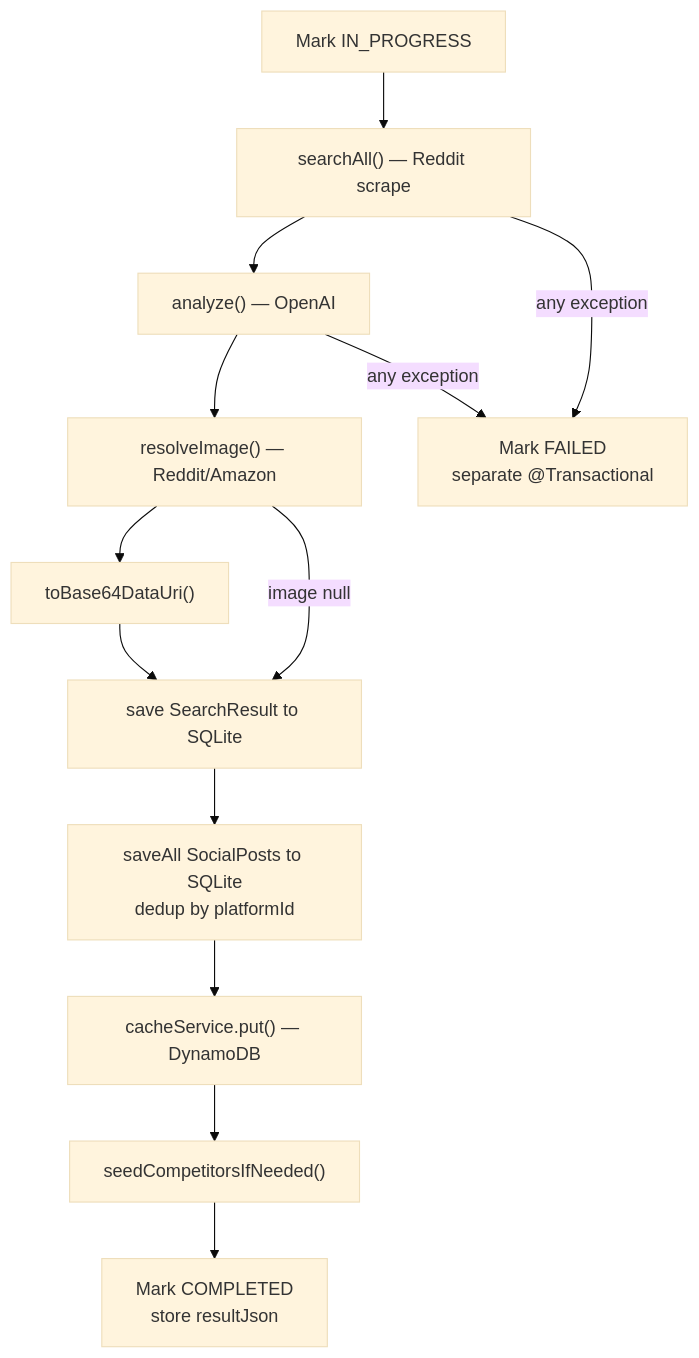
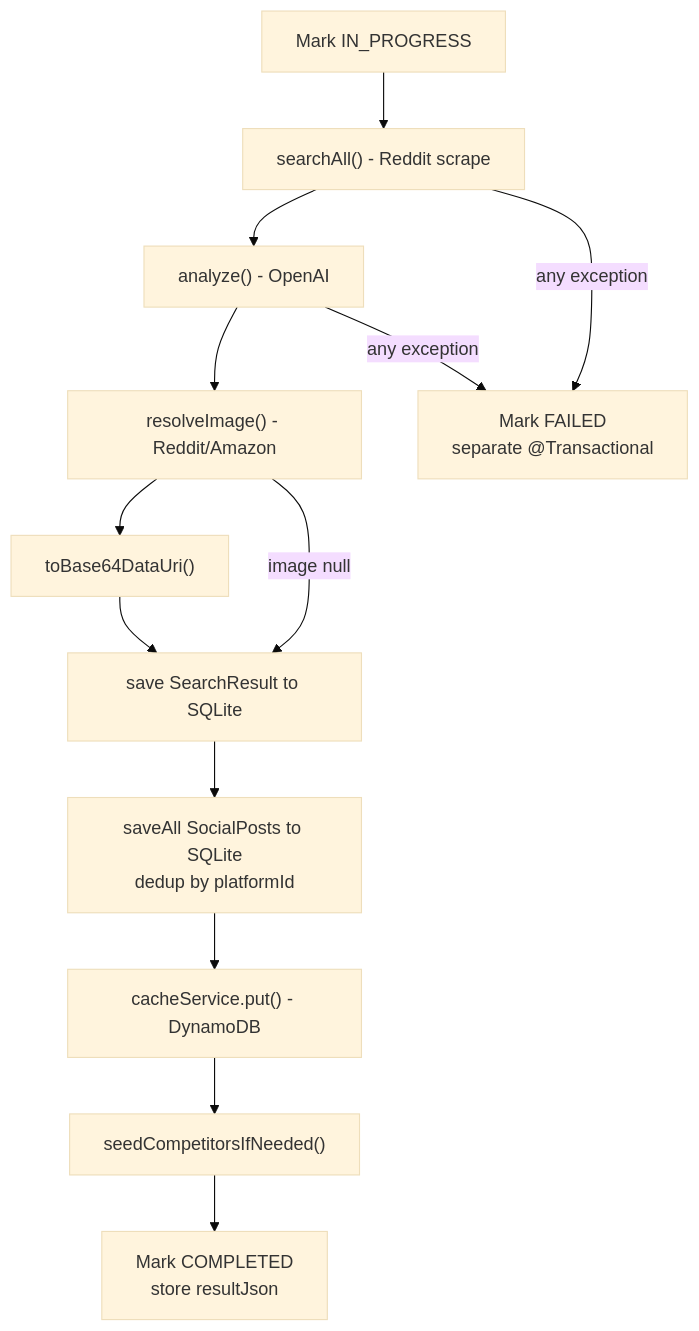
Diagram 12 of 31 in architecture.md (anubhavbagri/CrowdLens), drawn with Mermaid (base theme) before and after one commit. The commit also changed other lines of this file and 1 other file, not shown here.

Commit message:
fix diagrams

````diff
--- a/architecture.md
+++ b/architecture.md
@@ -493,16 +491,16 @@
 ```mermaid
 flowchart TD
-    A["Mark IN_PROGRESS"] --> B["searchAll() — Reddit scrape"]
-    B --> C["analyze() — OpenAI"]
-    C --> D["resolveImage() — Reddit/Amazon"]
+    A["Mark IN_PROGRESS"] --> B["searchAll() - Reddit scrape"]
+    B --> C["analyze() - OpenAI"]
+    C --> D["resolveImage() - Reddit/Amazon"]
     D --> E["toBase64DataUri()"]
     E --> F["save SearchResult to SQLite"]
-    F --> G["saveAll SocialPosts to SQLite\ndedup by platformId"]
-    G --> H["cacheService.put() — DynamoDB"]
+    F --> G["saveAll SocialPosts to SQLite<br>dedup by platformId"]
+    G --> H["cacheService.put() - DynamoDB"]
     H --> I["seedCompetitorsIfNeeded()"]
-    I --> J["Mark COMPLETED\nstore resultJson"]
+    I --> J["Mark COMPLETED<br>store resultJson"]
 
-    B -->|any exception| ERR["Mark FAILED\nseparate @Transactional"]
+    B -->|any exception| ERR["Mark FAILED<br>separate @Transactional"]
     C -->|any exception| ERR
     D -->|image null| F
 ```
````
